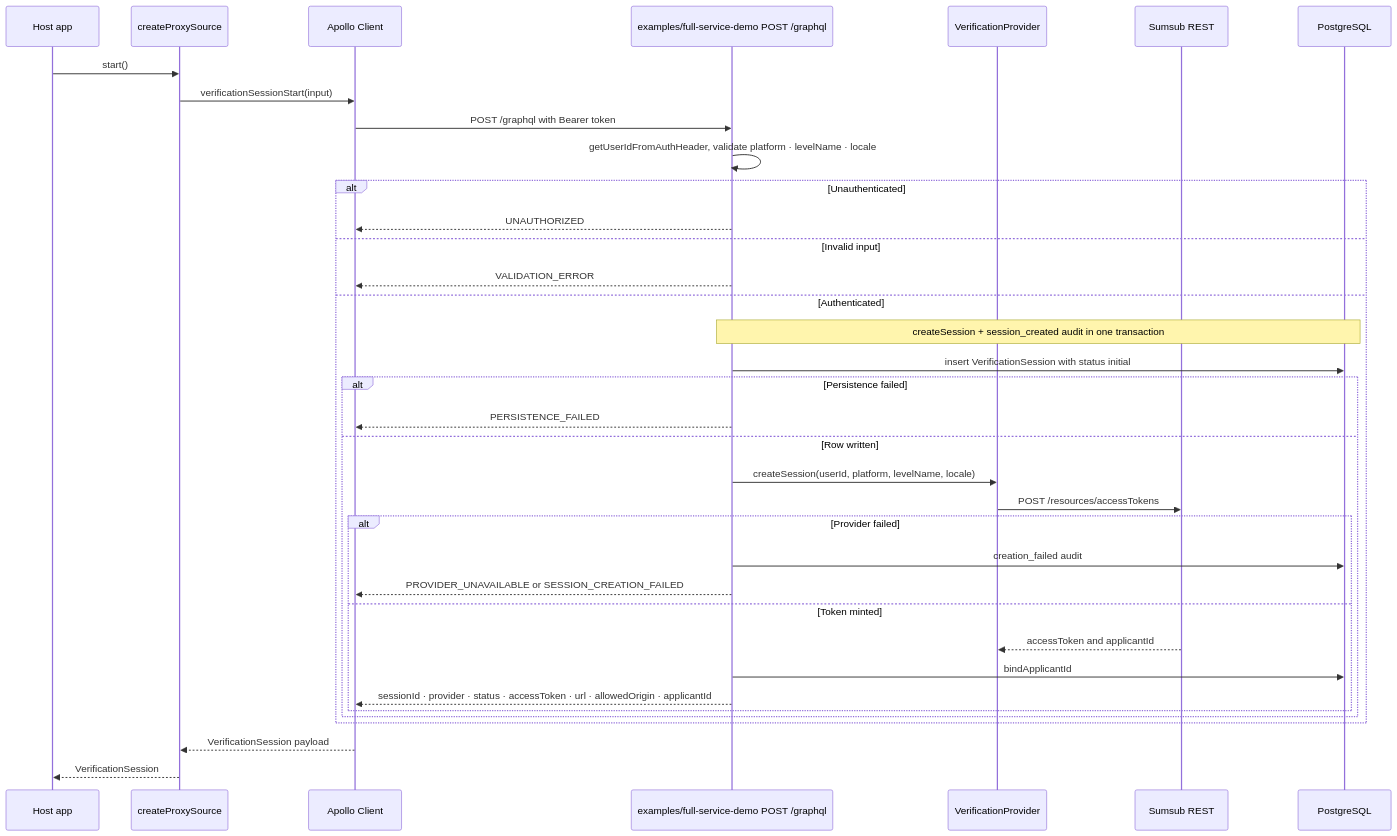
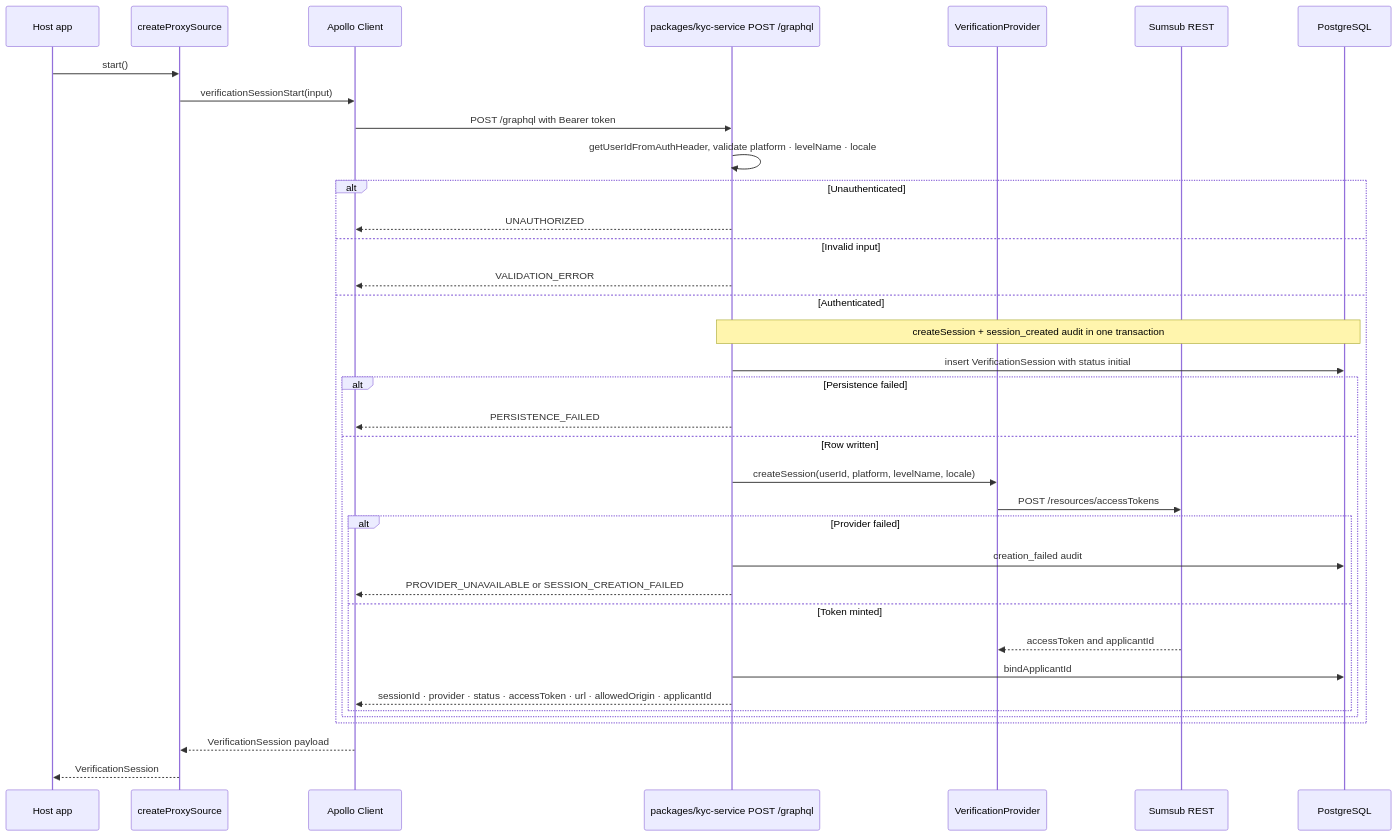
The diagram in docs/diagrams/src/graphql-request-flow.mmd (blinkbitcoin/kyc), drawn with Mermaid before and after one commit. The commit also changed 273 other files, not shown here.

First line of the commit message:
feat(node)!: rename kyc-server to kyc-node and promote the service package (#9)

```diff
--- a/docs/diagrams/src/graphql-request-flow.mmd
+++ b/docs/diagrams/src/graphql-request-flow.mmd
@@ -1,37 +1,37 @@
 sequenceDiagram
     participant App as Host app
     participant SRC as createProxySource
     participant AC as Apollo Client
-    participant GQL as examples/full-service-demo POST /graphql
+    participant GQL as packages/kyc-service POST /graphql
     participant PV as VerificationProvider
     participant SUM as Sumsub REST
     participant DB as PostgreSQL
 
     App->>SRC: start()
     SRC->>AC: verificationSessionStart(input)
     AC->>GQL: POST /graphql with Bearer token
     GQL->>GQL: getUserIdFromAuthHeader, validate platform · levelName · locale
     alt Unauthenticated
         GQL-->>AC: UNAUTHORIZED
     else Invalid input
         GQL-->>AC: VALIDATION_ERROR
     else Authenticated
         Note over GQL,DB: createSession + session_created audit in one transaction
         GQL->>DB: insert VerificationSession with status initial
         alt Persistence failed
             GQL-->>AC: PERSISTENCE_FAILED
         else Row written
             GQL->>PV: createSession(userId, platform, levelName, locale)
             PV->>SUM: POST /resources/accessTokens
             alt Provider failed
                 GQL->>DB: creation_failed audit
                 GQL-->>AC: PROVIDER_UNAVAILABLE or SESSION_CREATION_FAILED
             else Token minted
                 SUM-->>PV: accessToken and applicantId
                 GQL->>DB: bindApplicantId
                 GQL-->>AC: sessionId · provider · status · accessToken · url · allowedOrigin · applicantId
             end
         end
     end
     AC-->>SRC: VerificationSession payload
     SRC-->>App: VerificationSession
```
